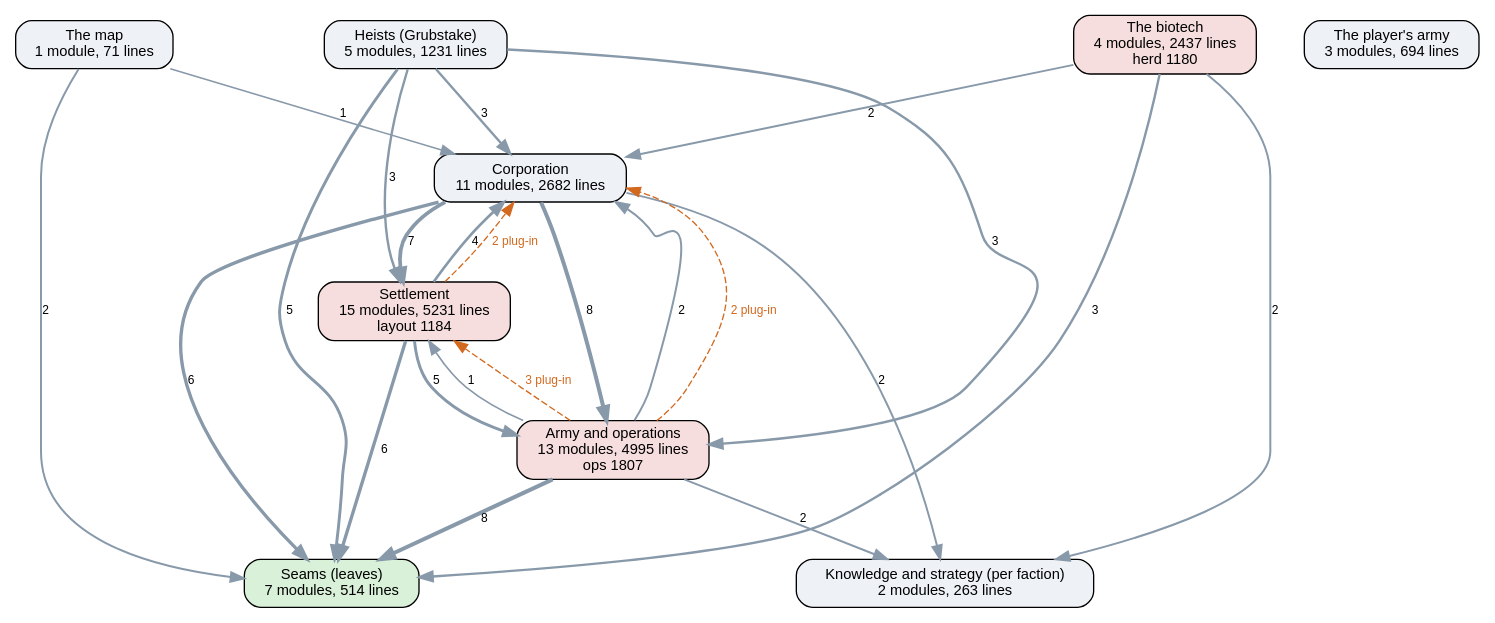
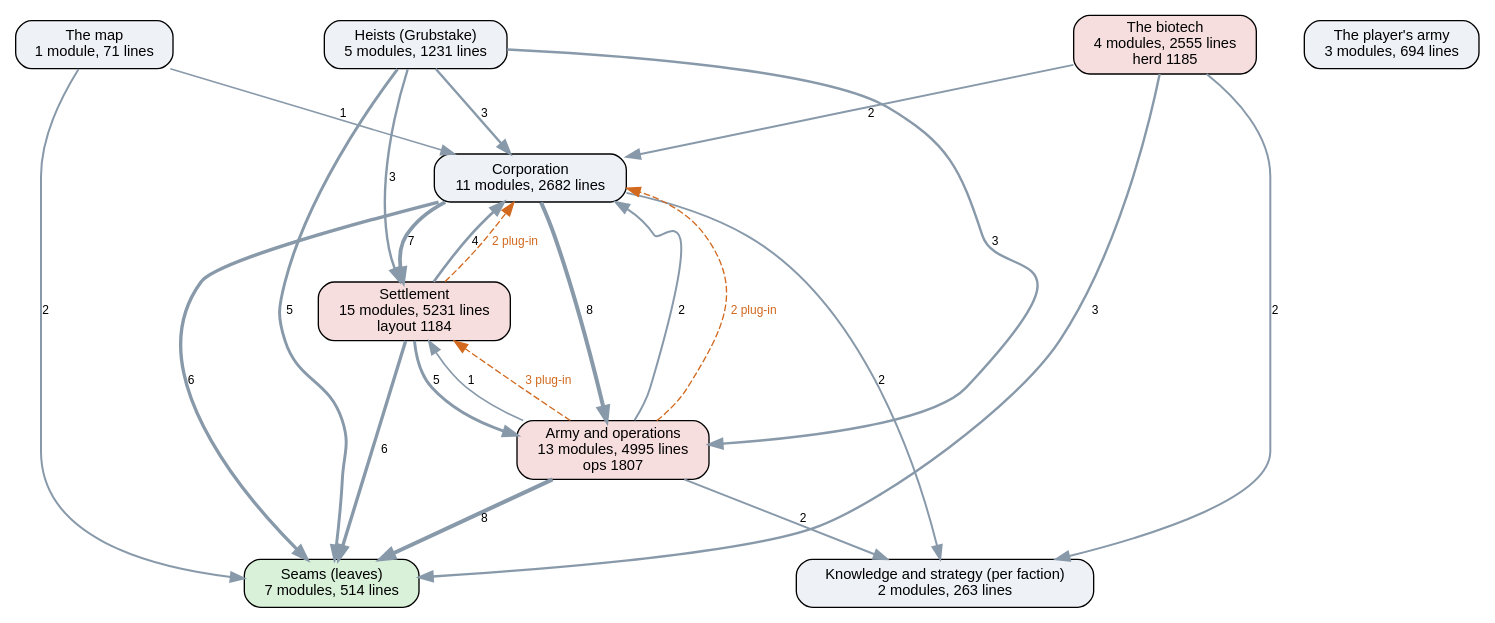
Before and after one commit to kinelhu/landing-party: the diagram in docs/ai-layers.dot, drawn with Graphviz. The commit also changed 19 other files, not shown here.

```diff
--- a/docs/ai-layers.dot
+++ b/docs/ai-layers.dot
@@ -1,37 +1,37 @@
 digraph layers {
   graph [rankdir=TB, fontname="Helvetica", nodesep=0.5, ranksep=0.7];
   node [shape=box, style="rounded,filled", fontname="Helvetica", fontsize=11, fillcolor="#eef2f7"];
   edge [color="#8899aa", fontname="Helvetica", fontsize=9];
   "Seams (leaves)" [label="Seams (leaves)\n7 modules, 514 lines", fillcolor="#d9f0d9"];
   "Knowledge and strategy (per faction)" [label="Knowledge and strategy (per faction)\n2 modules, 263 lines", fillcolor="#eef2f7"];
   "Corporation" [label="Corporation\n11 modules, 2682 lines", fillcolor="#eef2f7"];
   "Settlement" [label="Settlement\n15 modules, 5231 lines\nlayout 1184", fillcolor="#f7dede"];
   "Army and operations" [label="Army and operations\n13 modules, 4995 lines\nops 1807", fillcolor="#f7dede"];
   "Heists (Grubstake)" [label="Heists (Grubstake)\n5 modules, 1231 lines", fillcolor="#eef2f7"];
-  "The biotech" [label="The biotech\n4 modules, 2437 lines\nherd 1180", fillcolor="#f7dede"];
+  "The biotech" [label="The biotech\n4 modules, 2555 lines\nherd 1185", fillcolor="#f7dede"];
   "The map" [label="The map\n1 module, 71 lines", fillcolor="#eef2f7"];
   "The player's army" [label="The player's army\n3 modules, 694 lines", fillcolor="#eef2f7"];
   "Army and operations" -> "Corporation" [label="2", penwidth=1.5];
   "Army and operations" -> "Knowledge and strategy (per faction)" [label="2", penwidth=1.5];
   "Army and operations" -> "Seams (leaves)" [label="8", penwidth=3.0];
   "Army and operations" -> "Settlement" [label="1", penwidth=1.2];
   "Corporation" -> "Army and operations" [label="8", penwidth=3.0];
   "Corporation" -> "Knowledge and strategy (per faction)" [label="2", penwidth=1.5];
   "Corporation" -> "Seams (leaves)" [label="6", penwidth=2.5];
   "Corporation" -> "Settlement" [label="7", penwidth=2.8];
   "Heists (Grubstake)" -> "Army and operations" [label="3", penwidth=1.8];
   "Heists (Grubstake)" -> "Corporation" [label="3", penwidth=1.8];
   "Heists (Grubstake)" -> "Seams (leaves)" [label="5", penwidth=2.2];
   "Heists (Grubstake)" -> "Settlement" [label="3", penwidth=1.8];
   "Settlement" -> "Army and operations" [label="5", penwidth=2.2];
   "Settlement" -> "Corporation" [label="4", penwidth=2.0];
   "Settlement" -> "Seams (leaves)" [label="6", penwidth=2.5];
   "The biotech" -> "Corporation" [label="2", penwidth=1.5];
   "The biotech" -> "Knowledge and strategy (per faction)" [label="2", penwidth=1.5];
   "The biotech" -> "Seams (leaves)" [label="3", penwidth=1.8];
   "The map" -> "Corporation" [label="1", penwidth=1.2];
   "The map" -> "Seams (leaves)" [label="2", penwidth=1.5];
   "Army and operations" -> "Corporation" [style=dashed, color="#d2691e", fontcolor="#d2691e", label="2 plug-in"];
   "Army and operations" -> "Settlement" [style=dashed, color="#d2691e", fontcolor="#d2691e", label="3 plug-in"];
   "Settlement" -> "Corporation" [style=dashed, color="#d2691e", fontcolor="#d2691e", label="2 plug-in"];
 }
```
